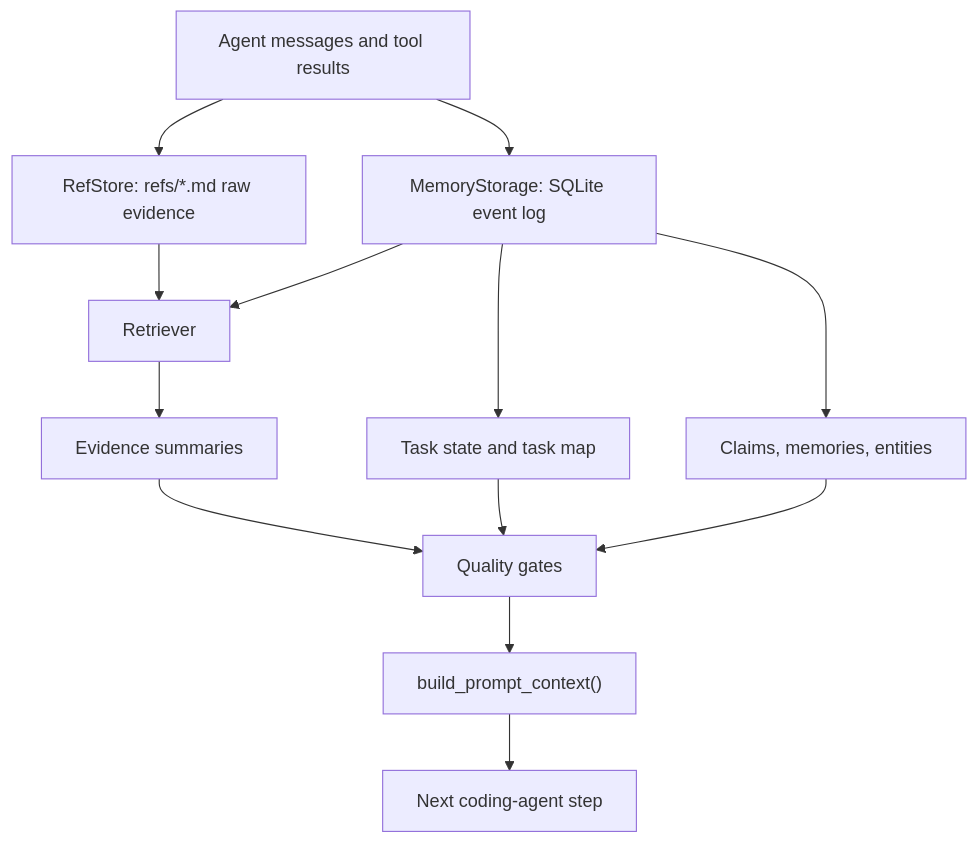
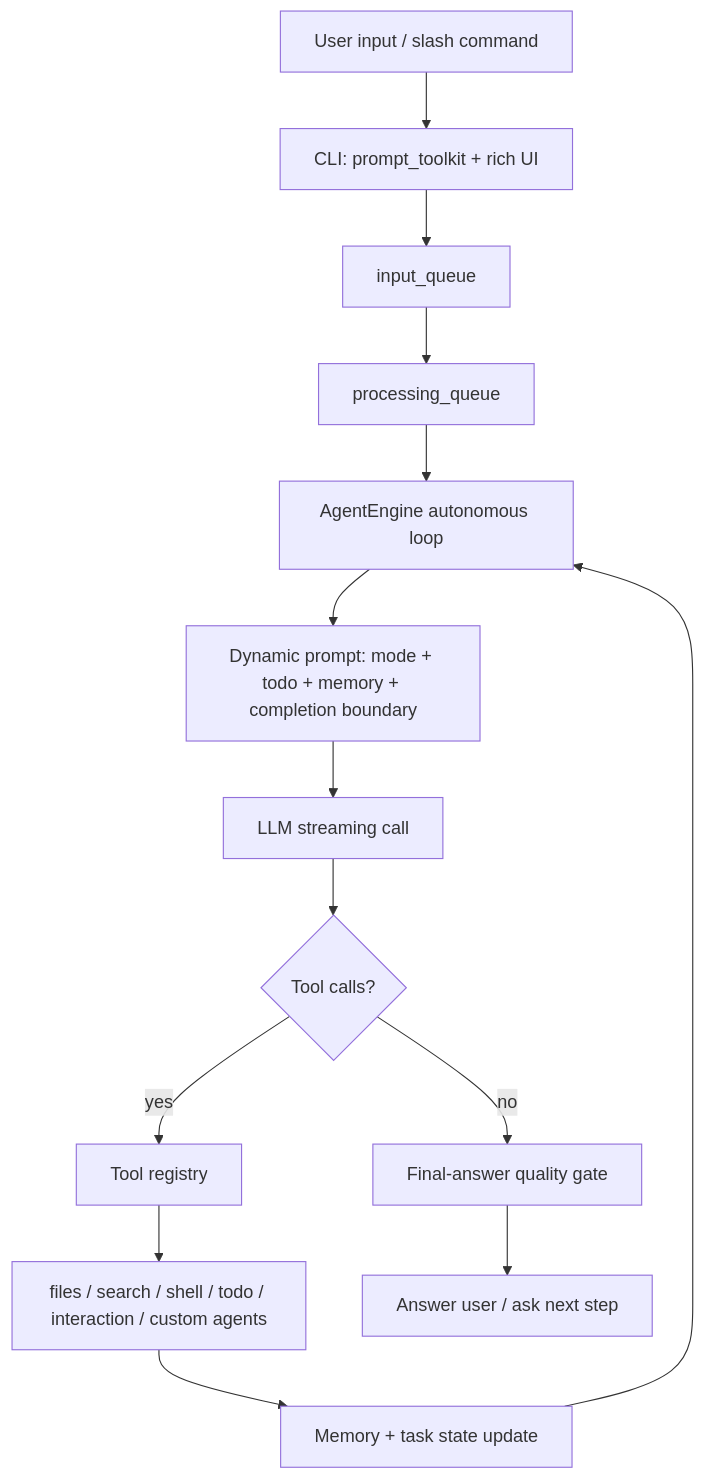
Before and after one commit to yushui2022/easy-coding-agents: the diagram in README.md, drawn with Mermaid. The commit also changed other lines of this file, not shown here.

Commit message:
Agent-first

````diff
--- a/README.md
+++ b/README.md
@@ -62,15 +37,16 @@
 ```mermaid
 flowchart TD
-    A["Agent messages and tool results"] --> B["RefStore: refs/*.md raw evidence"]
-    A --> C["MemoryStorage: SQLite event log"]
-    B --> D["Retriever"]
-    C --> D
-    C --> E["Task state and task map"]
-    C --> F["Claims, memories, entities"]
-    D --> G["Evidence summaries"]
-    E --> H["Quality gates"]
-    F --> H
-    G --> H
-    H --> I["build_prompt_context()"]
-    I --> J["Next coding-agent step"]
+    U["User input / slash command"] --> CLI["CLI: prompt_toolkit + rich UI"]
+    CLI --> Q1["input_queue"]
+    Q1 --> Q2["processing_queue"]
+    Q2 --> E["AgentEngine autonomous loop"]
+    E --> P["Dynamic prompt: mode + todo + memory + completion boundary"]
+    P --> LLM["LLM streaming call"]
+    LLM --> TC{"Tool calls?"}
+    TC -->|yes| T["Tool registry"]
+    T --> FS["files / search / shell / todo / interaction / custom agents"]
+    FS --> M["Memory + task state update"]
+    M --> E
+    TC -->|no| G["Final-answer quality gate"]
+    G --> OUT["Answer user / ask next step"]
 ```
````
